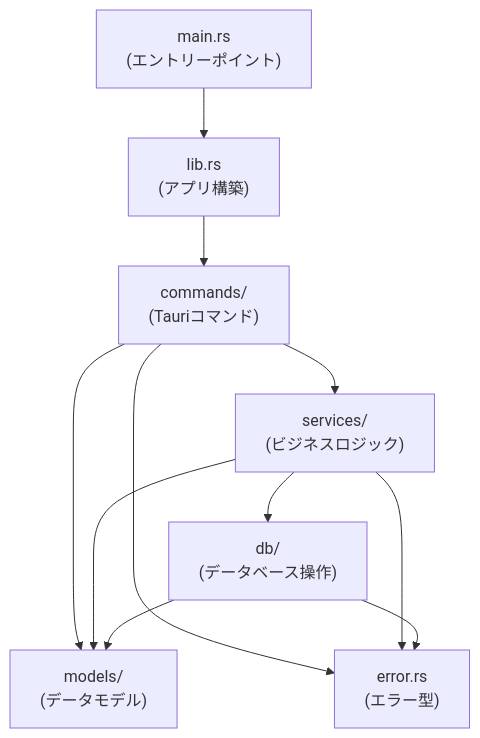
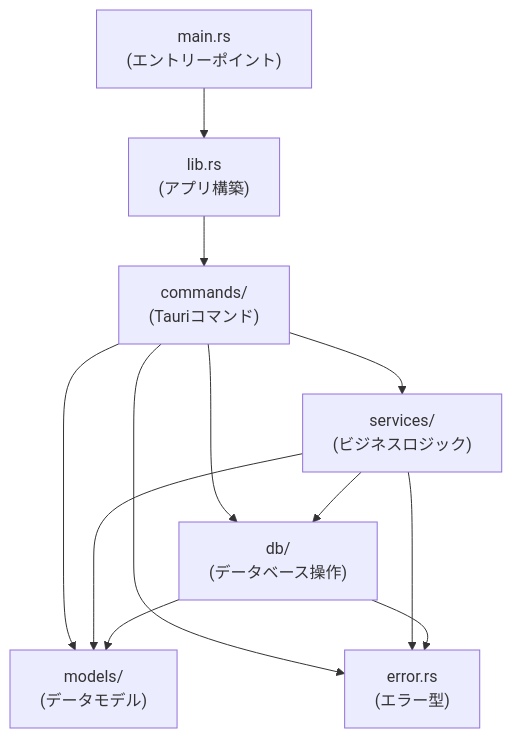
Before and after one commit to zenbo/podcast-downloader: the second of 7 diagrams in docs/02-architecture.md, drawn with Mermaid. The commit also changed other lines of this file and 3 other files, not shown here.

````diff
--- a/docs/02-architecture.md
+++ b/docs/02-architecture.md
@@ -128,21 +99,22 @@
 ```mermaid
 graph TD
     main["main.rs<br>(エントリーポイント)"]
     lib["lib.rs<br>(アプリ構築)"]
     commands["commands/<br>(Tauriコマンド)"]
     services["services/<br>(ビジネスロジック)"]
     db["db/<br>(データベース操作)"]
     models["models/<br>(データモデル)"]
     error["error.rs<br>(エラー型)"]
 
     main --> lib
     lib --> commands
     commands --> services
+    commands --> db
     commands --> models
     services --> db
     services --> models
     db --> models
     commands --> error
     services --> error
     db --> error
 ```
````
